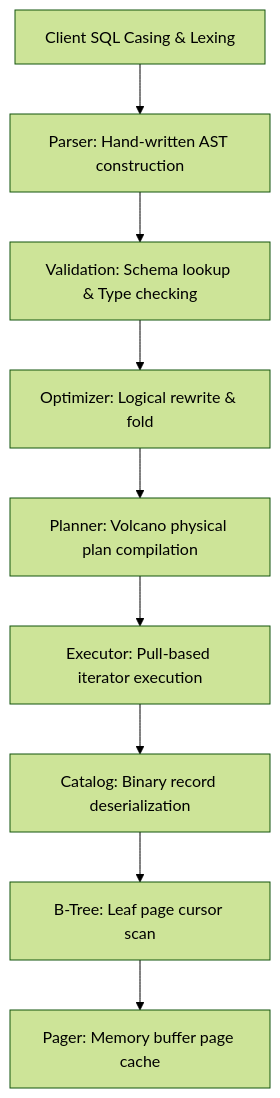
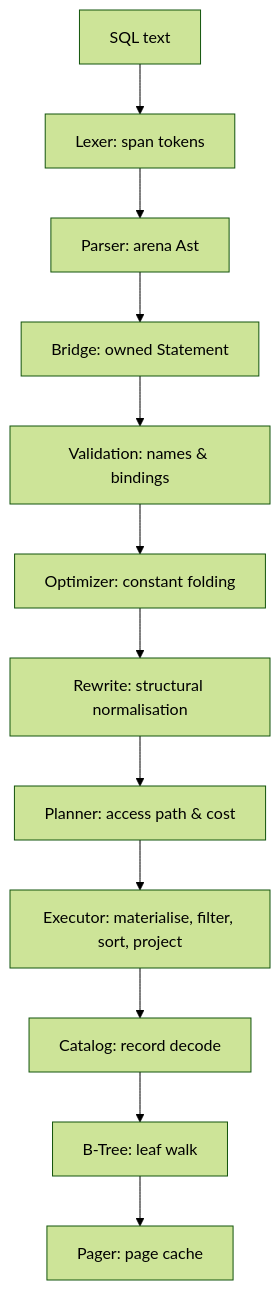
The diagram in docs/query-walkthrough.md (nathy-cpu/hematite), drawn with Mermaid (forest theme) before and after one commit. The commit also changed other lines of this file and 85 other files, not shown here.

````diff
--- a/docs/query-walkthrough.md
+++ b/docs/query-walkthrough.md
@@ -16,21 +21,18 @@
 ```mermaid
 flowchart TD
-    SQL["Client SQL Casing & Lexing"]
-    Parser["Parser: Hand-written AST construction"]
-    Validator["Validation: Schema lookup & Type checking"]
-    Optimizer["Optimizer: Logical rewrite & fold"]
-    Planner["Planner: Volcano physical plan compilation"]
-    Executor["Executor: Pull-based iterator execution"]
-    Catalog["Catalog: Binary record deserialization"]
-    BTree["B-Tree: Leaf page cursor scan"]
-    Pager["Pager: Memory buffer page cache"]
+    SQL["SQL text"]
+    Lexer["Lexer: span tokens"]
+    Parser["Parser: arena Ast"]
+    Bridge["Bridge: owned Statement"]
+    Validator["Validation: names & bindings"]
+    Optimizer["Optimizer: constant folding"]
+    Rewrite["Rewrite: structural normalisation"]
+    Planner["Planner: access path & cost"]
+    Executor["Executor: materialise, filter, sort, project"]
+    Catalog["Catalog: record decode"]
+    BTree["B-Tree: leaf walk"]
+    Pager["Pager: page cache"]
 
-    SQL --> Parser
-    Parser --> Validator
-    Validator --> Optimizer
-    Optimizer --> Planner
-    Planner --> Executor
-    Executor --> Catalog
-    Catalog --> BTree
-    BTree --> Pager
+    SQL --> Lexer --> Parser --> Bridge --> Validator --> Optimizer --> Rewrite --> Planner --> Executor
+    Executor --> Catalog --> BTree --> Pager
 ```
````
